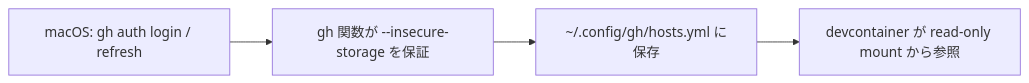
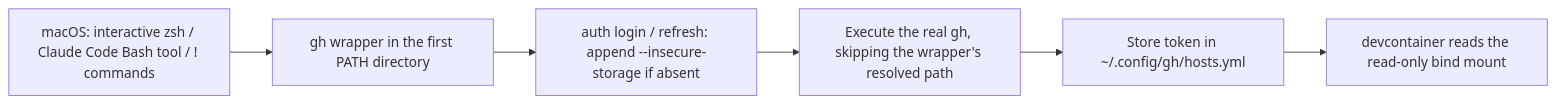
One commit to Tyaba/dotfiles changed the first of 6 diagrams in README.md. Above: the diagram before and after it, drawn with Mermaid. The commit also changed other lines of this file and 3 other files, not shown here.

First line of the commit message:
fix(gh): --insecure-storage の自動付与を zsh 関数から PATH 上の shim に移す (#95)

````diff
--- a/README.md
+++ b/README.md
@@ -67,6 +80,8 @@
 ```mermaid
 flowchart LR
-    A["macOS: gh auth login / refresh"] --> B["gh 関数が --insecure-storage を保証"]
-    B --> C["~/.config/gh/hosts.yml に保存"]
-    C --> D["devcontainer が read-only mount から参照"]
+    A["macOS: interactive zsh / Claude Code Bash tool / ! commands"] --> B["gh wrapper in the first PATH directory"]
+    B --> C["auth login / refresh: append --insecure-storage if absent"]
+    C --> D["Execute the real gh, skipping the wrapper's resolved path"]
+    D --> E["Store token in ~/.config/gh/hosts.yml"]
+    E --> F["devcontainer reads the read-only bind mount"]
 ```
````
